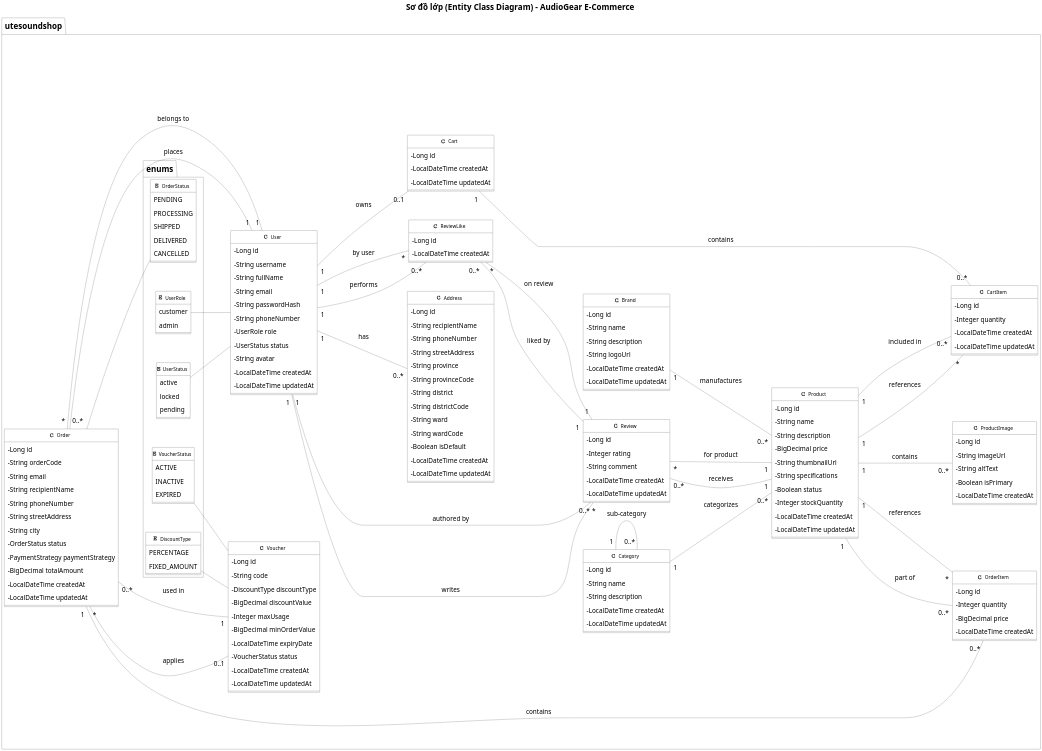
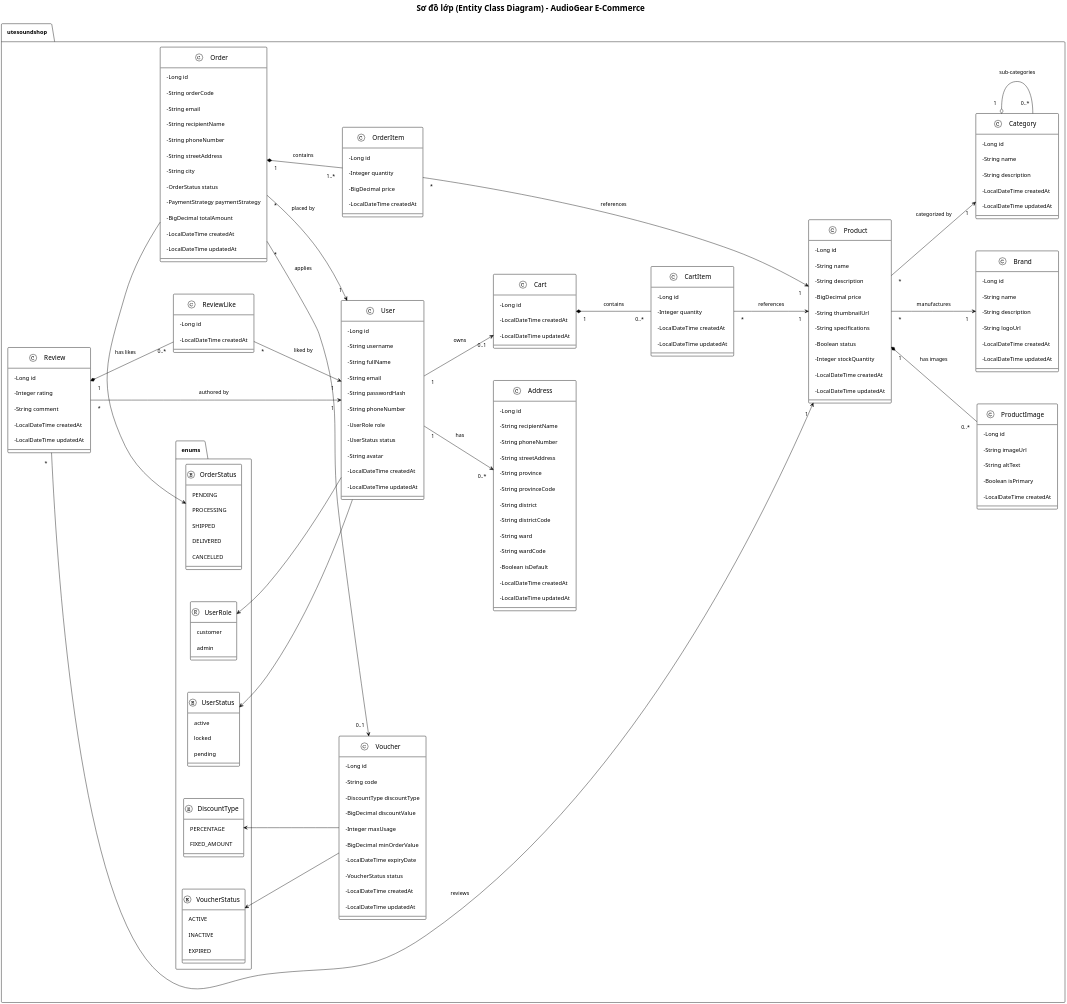
The diagram in src/class_diagram_LTTT.puml (trihieuvo/justFUML), drawn with PlantUML before and after one commit.

```diff
--- a/src/class_diagram_LTTT.puml
+++ b/src/class_diagram_LTTT.puml
@@ -3,18 +3,25 @@
 left to right direction
 skinparam classAttributeIconSize 0
 
-' Cấu hình phông chữ lớn để dễ đọc trong Word
-skinparam defaultFontSize 40
-skinparam classFontSize 30
-skinparam enumFontSize 40
-skinparam arrowFontSize 40
-skinparam titleFontSize 50 ' Tăng kích thước phông tiêu đề chính
-skinparam packageFontSize 50
+' ========================================================
+' CÁCH CHUẨN ĐỂ PHÓNG TO SIÊU NÉT MÀ KHÔNG BỊ NHỎ HÌNH THOI
+' Thay vì ép chữ to (khiến mũi tên và hình thoi bị còi cọc),
+' ta dùng hệ số scale để ZOOM TOÀN BỘ (Chữ, Nét vẽ, Hình thoi) lên gấp 2.5 lần.
+' ========================================================
+scale 2.5
 
-' Tăng khoảng cách để nhãn mô tả không bị dính vào nhau khi chữ to lên
-skinparam nodesep 180
-skinparam ranksep 170
-skinparam Padding 15
+' Phông chữ tiêu chuẩn, cân xứng với tỷ lệ hình thoi gốc
+skinparam defaultFontSize 14
+skinparam classFontSize 16
+skinparam enumFontSize 14
+skinparam arrowFontSize 13
+skinparam titleFontSize 20
+
+' Khoảng cách các khối chuẩn (Sẽ tự động nhân lên 2.5 lần sau khi dùng scale)
+skinparam nodesep 80
+skinparam ranksep 100
+skinparam Padding 10
+
 
 title Sơ đồ lớp (Entity Class Diagram) - AudioGear E-Commerce
 
@@ -182,45 +189,40 @@
     }
 }
 
-' Relationships - Sử dụng mũi tên dài (---) để tạo không gian cho nhãn mô tả
-User "1" --- "0..*" Address : "has"
-User "1" --- "0..1" Cart : "owns"
-User "1" --- "0..*" Order : "places"
-User "1" --- "0..*" Review : "writes"
-User "1" --- "0..*" ReviewLike : "performs"
+' Relationships (UML chuẩn: Composition, Aggregation, Association)
+' Dùng mũi tên dài (--->) hoặc (-left->) để nới rộng khoảng cách nếu cần
 
-Product "1" --- "0..*" ProductImage : "contains"
-Product "1" --- "0..*" Review : "receives"
-Product "1" --- "0..*" CartItem : "included in"
-Product "1" --- "0..*" OrderItem : "part of"
+' --- Composition (Quan hệ thành phần - khi cha mất thì con mất) ---
+Order "1" *-- "1..*" OrderItem : "contains"
+Cart "1" *-- "0..*" CartItem : "contains"
+Product "1" *-- "0..*" ProductImage : "has images"
+Review "1" *-- "0..*" ReviewLike : "has likes"
 
-Brand "1" --- "0..*" Product : "manufactures"
-Category "1" --- "0..*" Product : "categorizes"
-Category "1" --- "0..*" Category : "sub-category"
+' --- Aggregation (Quan hệ tập hợp) ---
+Category "1" o-- "0..*" Category : "sub-categories"
 
-Cart "1" --- "0..*" CartItem : "contains"
-CartItem "*" --- "1" Product : "references"
+' --- Association (Quan hệ kết hợp) ---
+User "1" --> "0..*" Address : "has"
+User "1" --> "0..1" Cart : "owns"
 
-Order "1" --- "0..*" OrderItem : "contains"
-Order "*" --- "1" User : "belongs to"
-Order "*" --- "0..1" Voucher : "applies"
+Order "*" --> "1" User : "placed by"
+Order "*" --> "0..1" Voucher : "applies"
 
-OrderItem "*" --- "1" Product : "references"
+OrderItem "*" --> "1" Product : "references"
+CartItem "*" --> "1" Product : "references"
 
-Review "*" --- "1" User : "authored by"
-Review "*" --- "1" Product : "for product"
-Review "1" --- "0..*" ReviewLike : "liked by"
+Product "*" --> "1" Brand : "manufactures"
+Product "*" --> "1" Category : "categorized by"
 
-ReviewLike "*" --- "1" User : "by user"
-ReviewLike "*" --- "1" Review : "on review"
-
-Voucher "1" --- "0..*" Order : "used in"
+Review "*" --> "1" User : "authored by"
+Review "*" --> "1" Product : "reviews"
+ReviewLike "*" --> "1" User : "liked by"
 
 ' Enum usage - Sử dụng liên kết ngắn để Enums nằm gần Class liên quan
-User -up- UserRole
-User -up- UserStatus
-Order -right- OrderStatus
-Voucher -left- DiscountType
-Voucher -left- VoucherStatus
+User -up-> UserRole
+User -up-> UserStatus
+Order -right-> OrderStatus
+Voucher -left-> DiscountType
+Voucher -left-> VoucherStatus
 
 @enduml
```
